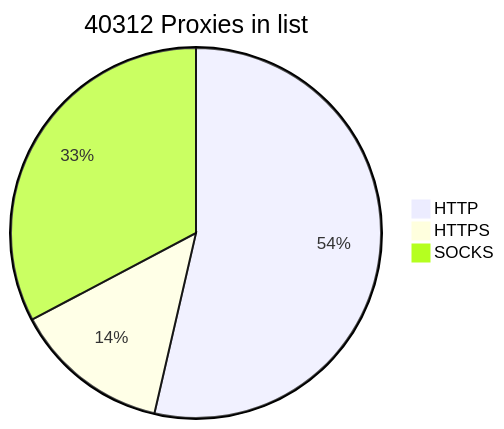
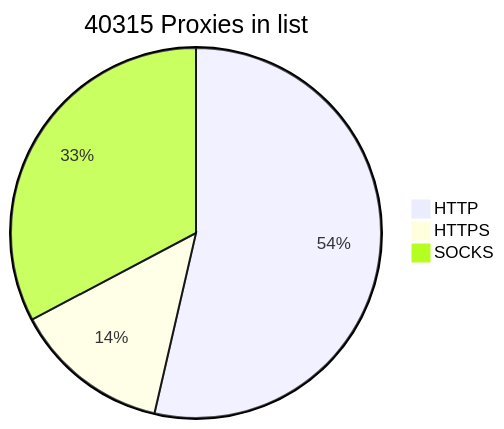
Before and after one commit to BlackSnowDot/proxylist-update-every-minute: the diagram in README.md, drawn with Mermaid.

````diff
--- a/README.md
+++ b/README.md
@@ -2,6 +2,6 @@
 ```mermaid
-pie title 40312 Proxies in list
+pie title 40315 Proxies in list
     "HTTP" : 24234
-    "HTTPS": 6174
+    "HTTPS": 6177
     "SOCKS" : 14798
 ```
````
